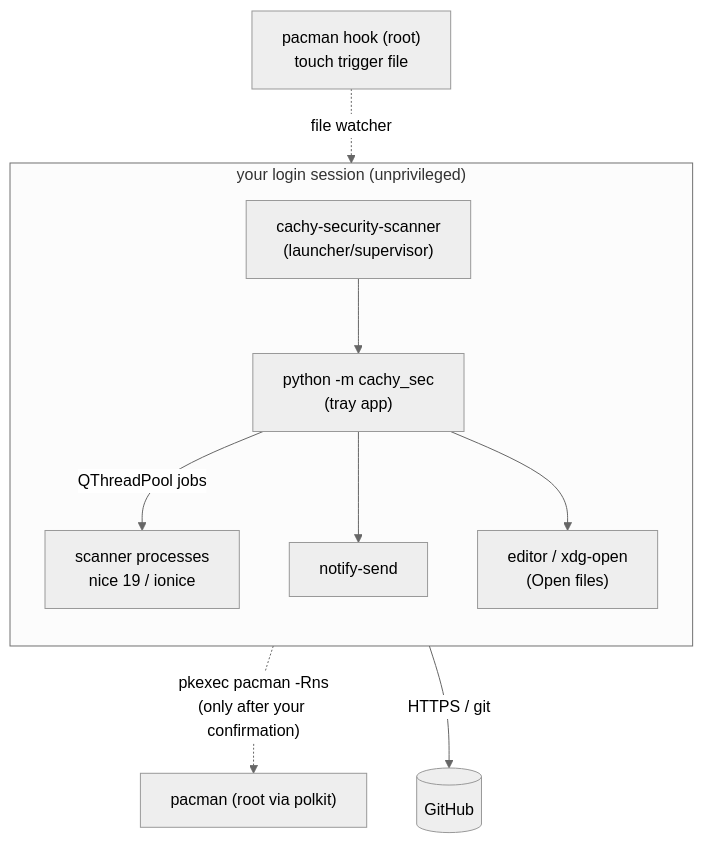
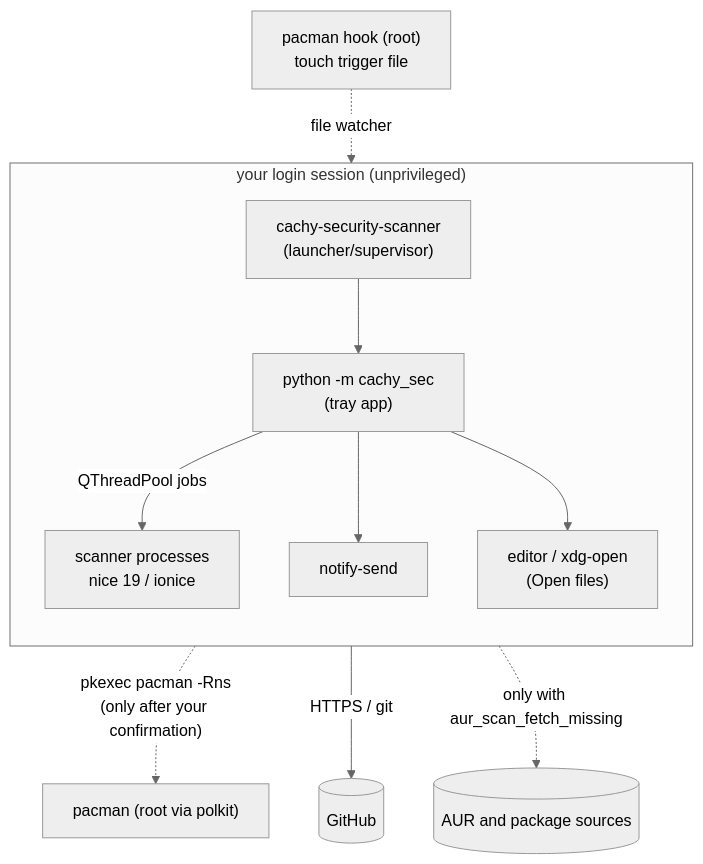
The diagram in docs/how-it-works.md (ruepp-jenkins/cachyos-security-scanner), drawn with Mermaid (neutral theme) before and after one commit. The commit also changed other lines of this file and 14 other files, not shown here.

````diff
--- a/docs/how-it-works.md
+++ b/docs/how-it-works.md
@@ -20,13 +20,14 @@
 ```mermaid
 flowchart TB
     subgraph user["your login session (unprivileged)"]
       direction TB
       A["cachy-security-scanner<br/>(launcher/supervisor)"] --> B["python -m cachy_sec<br/>(tray app)"]
       B -->|"QThreadPool jobs"| C["scanner processes<br/>nice 19 / ionice"]
       B --> N["notify-send"]
       B --> O["editor / xdg-open<br/>(Open files)"]
     end
     H["pacman hook (root)<br/>touch trigger file"] -.->|"file watcher"| B
     B -.->|"pkexec pacman -Rns<br/>(only after your confirmation)"| P["pacman (root via polkit)"]
     B -->|"HTTPS / git"| G[("GitHub")]
+    B -.->|"only with aur_scan_fetch_missing"| U[("AUR and package sources")]
 ```
````
